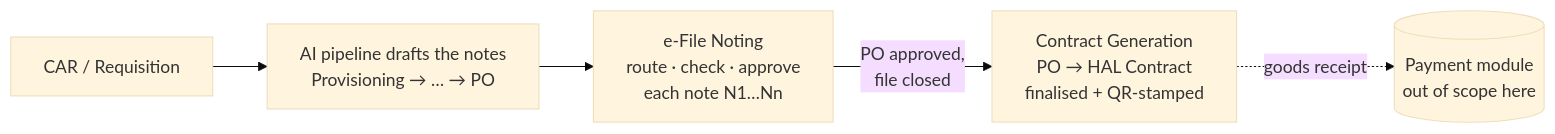
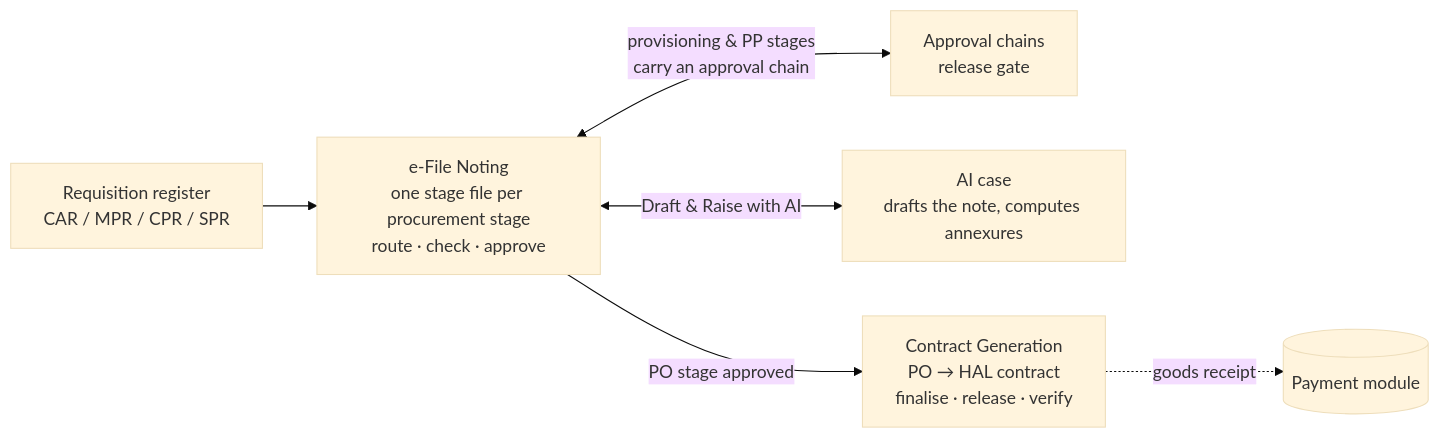
One commit to alpha08-prog/HAL_Procurement_Portal changed the diagram in WORKFLOW_GUIDE.md. Above: the diagram before and after it, drawn with Mermaid (base theme). The commit also changed other lines of this file and 161 other files, not shown here.

````diff
--- a/WORKFLOW_GUIDE.md
+++ b/WORKFLOW_GUIDE.md
@@ -20,7 +19,8 @@
 ```mermaid
 flowchart LR
-  A[CAR / Requisition] --> B[AI pipeline drafts the notes\nProvisioning → … → PO]
-  B --> C[e-File Noting\nroute · check · approve\neach note N1…Nn]
-  C -->|PO approved,\nfile closed| D[Contract Generation\nPO → HAL Contract\nfinalised + QR-stamped]
-  D -.->|goods receipt| E[(Payment module\nout of scope here)]
+  G[Requisition register<br/>CAR / MPR / CPR / SPR] --> C[e-File Noting<br/>one stage file per procurement stage<br/>route · check · approve]
+  C <-->|provisioning & PP stages<br/>carry an approval chain| E[Approval chains<br/>release gate]
+  C <-->|Draft & Raise with AI| F[AI case<br/>drafts the note, computes annexures]
+  C -->|PO stage approved| D[Contract Generation<br/>PO → HAL contract<br/>finalise · release · verify]
+  D -.->|goods receipt| A[(Payment module)]
 ```
````
